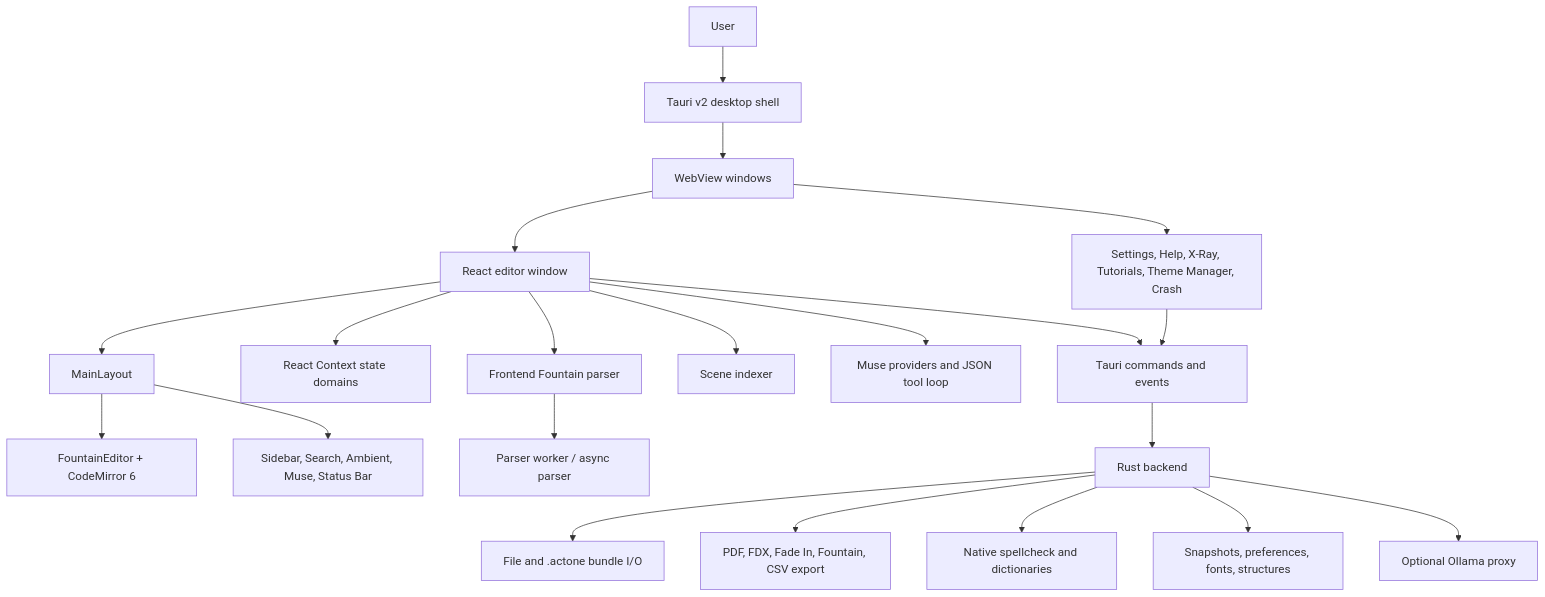
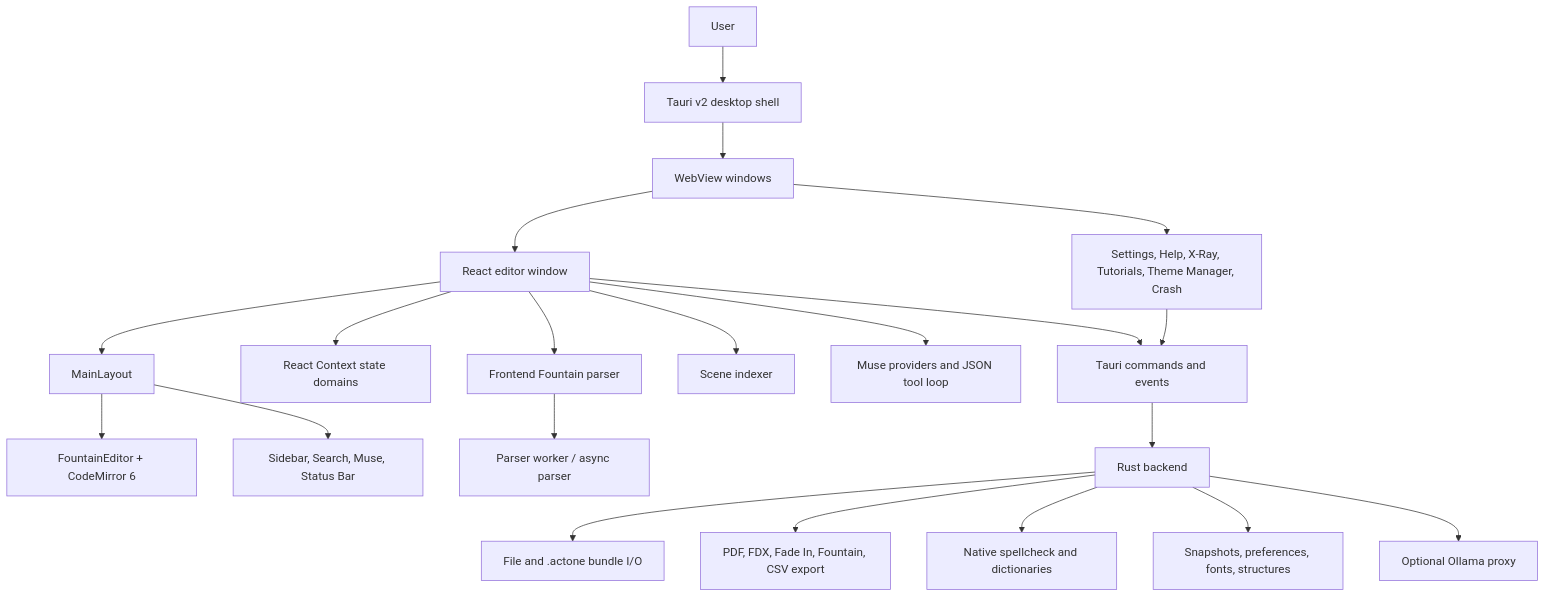
One commit to BeetleBot/ActOne-Screenplay changed the diagram in docs/developer-guide/02-architecture.md. Above: the diagram before and after it, drawn with Mermaid. The commit also changed other lines of this file and 64 other files, not shown here.

````diff
--- a/docs/developer-guide/02-architecture.md
+++ b/docs/developer-guide/02-architecture.md
@@ -7,23 +7,23 @@
 ```mermaid
 flowchart TD
     User[User] --> Shell[Tauri v2 desktop shell]
     Shell --> Windows[WebView windows]
     Windows --> Main[React editor window]
     Windows --> Standalone[Settings, Help, X-Ray, Tutorials, Theme Manager, Crash]
     Main --> Layout[MainLayout]
     Layout --> Editor[FountainEditor + CodeMirror 6]
-    Layout --> Panels[Sidebar, Search, Ambient, Muse, Status Bar]
+    Layout --> Panels[Sidebar, Search, Muse, Status Bar]
     Main --> Contexts[React Context state domains]
     Main --> Parser[Frontend Fountain parser]
     Parser --> Worker[Parser worker / async parser]
     Main --> Index[Scene indexer]
     Main --> AI[Muse providers and JSON tool loop]
     Main --> IPC[Tauri commands and events]
     Standalone --> IPC
     IPC --> Rust[Rust backend]
     Rust --> Files[File and .actone bundle I/O]
     Rust --> Export[PDF, FDX, Fade In, Fountain, CSV export]
     Rust --> Spell[Native spellcheck and dictionaries]
     Rust --> Project[Snapshots, preferences, fonts, structures]
     Rust --> Ollama[Optional Ollama proxy]
 ```
````
